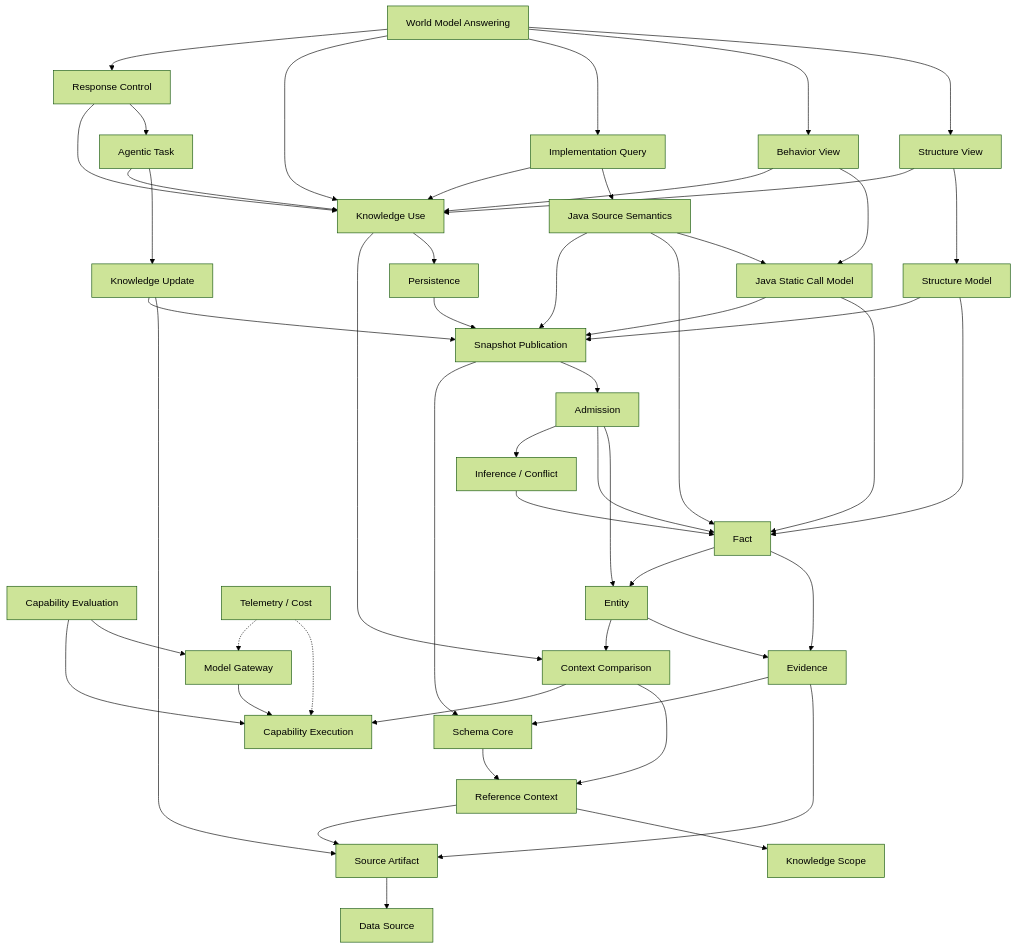
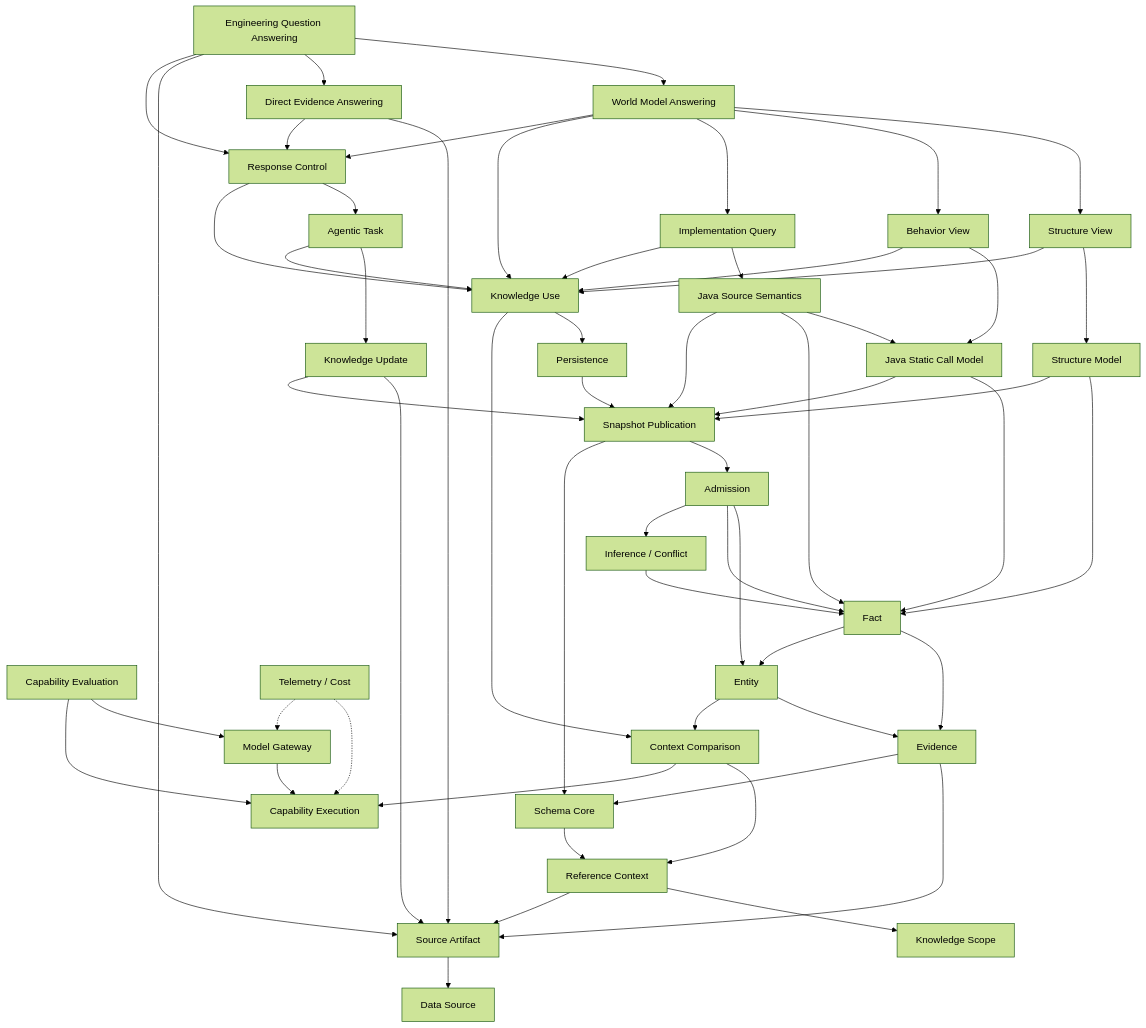
One commit to baitianxia/software-world-model changed the diagram in docs/system/contracts/README.md. Above: the diagram before and after it, drawn with Mermaid (forest theme). The commit also changed other lines of this file and 46 other files, not shown here.

````diff
--- a/docs/system/contracts/README.md
+++ b/docs/system/contracts/README.md
@@ -33,55 +33,61 @@
 ```mermaid
 flowchart TD
     MG["Model Gateway"] --> CE["Capability Execution"]
     EVL["Capability Evaluation"] --> MG
     EVL --> CE
 
     SA["Source Artifact"] --> DS["Data Source"]
     RCX["Reference Context"] --> KS["Knowledge Scope"]
     RCX --> SA
     SC["Schema Core"] --> RCX
     CMP["Context Comparison"] --> RCX
     CMP --> CE
     E["Evidence"] --> SA
     E --> SC
     EN["Entity"] --> E
     EN --> CMP
     F["Fact"] --> E
     F --> EN
     I["Inference / Conflict"] --> F
     AD["Admission"] --> EN
     AD --> F
     AD --> I
     SP["Snapshot Publication"] --> AD
     SP --> SC
     PS["Persistence"] --> SP
     SM["Structure Model"] --> F
     SM --> SP
     JM["Java Static Call Model"] --> F
     JM --> SP
     JSM["Java Source Semantics"] --> JM
     JSM --> F
     JSM --> SP
 
     KU["Knowledge Update"] --> SA
     KU --> SP
     USE["Knowledge Use"] --> PS
     USE --> CMP
     SV["Structure View"] --> SM
     SV --> USE
     BV["Behavior View"] --> JM
     BV --> USE
     IQ["Implementation Query"] --> JSM
     IQ --> USE
     WMA["World Model Answering"] --> SV
     WMA --> BV
     WMA --> IQ
     WMA --> USE
+    DEA["Direct Evidence Answering"] --> SA
+    DEA --> RESP
+    EQA["Engineering Question Answering"] --> WMA
+    EQA --> DEA
+    EQA --> SA
+    EQA --> RESP
     AT["Agentic Task"] --> KU
     AT --> USE
     RESP["Response Control"] --> AT
     RESP --> USE
     WMA --> RESP
     TEL["Telemetry / Cost"] -.-> CE
     TEL -.-> MG
 ```
````
